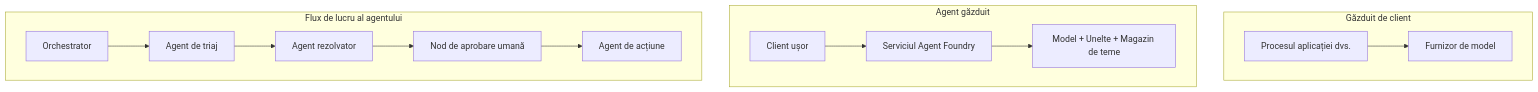
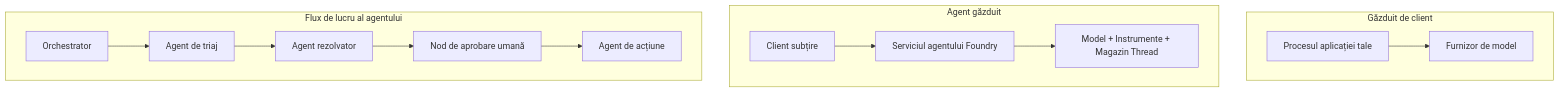
One commit to microsoft/ai-agents-for-beginners changed the first of 4 diagrams in translations/ro/16-deploying-scalable-agents/README.md. Above: the diagram before and after it, drawn with Mermaid. The commit also changed other lines of this file and 46 other files, not shown here.

````diff
--- a/translations/ro/16-deploying-scalable-agents/README.md
+++ b/translations/ro/16-deploying-scalable-agents/README.md
@@ -87,16 +87,16 @@
 ```mermaid
 flowchart TB
     subgraph P1[Găzduit de client]
-        A1[Procesul aplicației dvs.] --> M1[Furnizor de model]
+        A1[Procesul aplicației tale] --> M1[Furnizor de model]
     end
     subgraph P2[Agent găzduit]
-        A2[Client ușor] --> F2[Serviciul Agent Foundry]
-        F2 --> M2[Model + Unelte + Magazin de teme]
+        A2[Client subțire] --> F2[Serviciul agentului Foundry]
+        F2 --> M2[Model + Instrumente + Magazin Thread]
     end
     subgraph P3[Flux de lucru al agentului]
         A3[Orchestrator] --> S1[Agent de triaj]
         S1 --> S2[Agent rezolvator]
         S2 --> H[Nod de aprobare umană]
         H --> S3[Agent de acțiune]
     end
 ```
````
